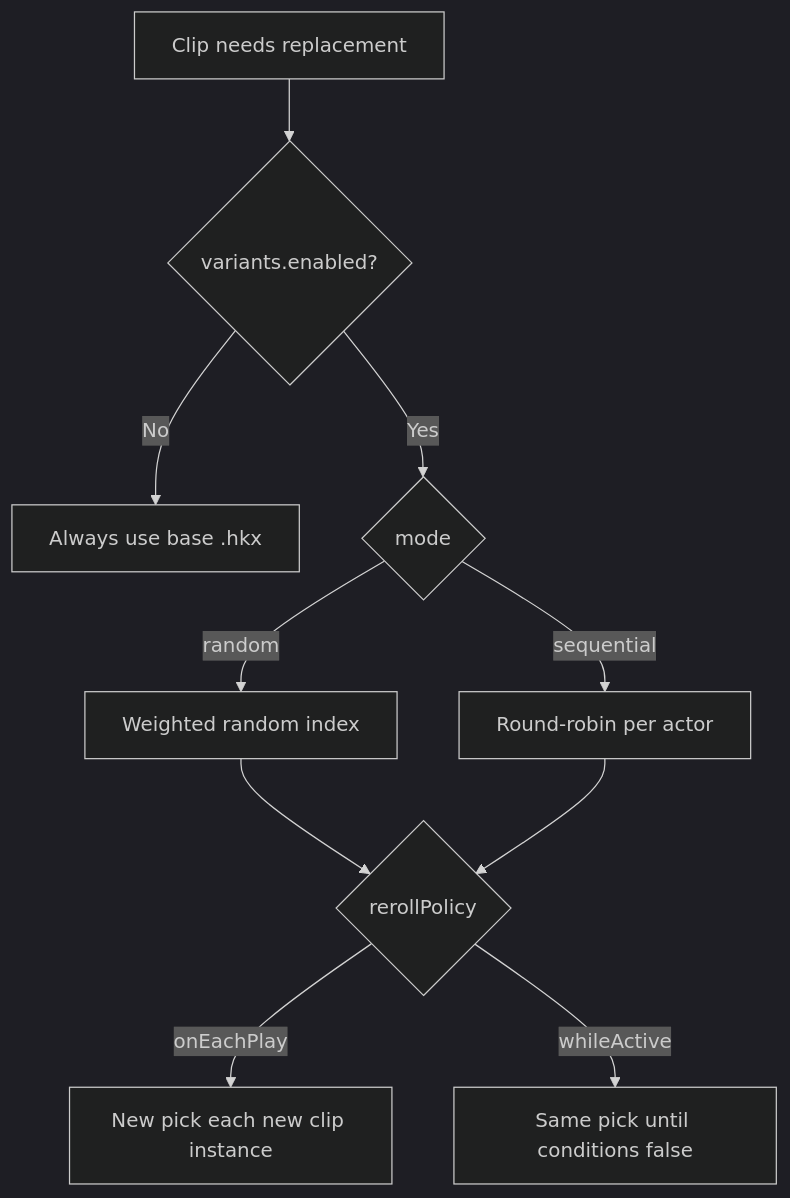
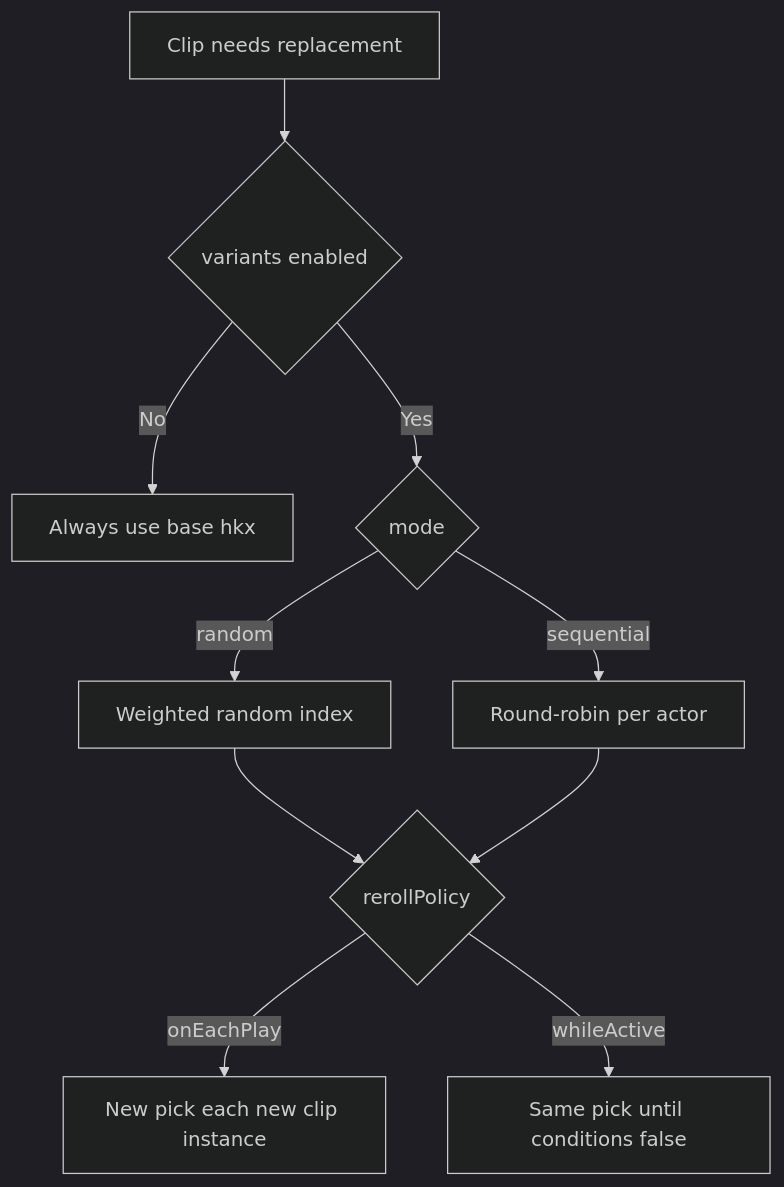
Before and after one commit to DCCStudios/F4-OpenAnimationReplacer: the fourth of 6 diagrams in README.md, drawn with Mermaid (dark theme). The commit also changed other lines of this file, not shown here.

Commit message:
Fix Mermaid diagram syntax for GitHub rendering

````diff
--- a/README.md
+++ b/README.md
@@ -312,12 +312,12 @@
 ```mermaid
 flowchart TD
-    Start[Clip needs replacement] --> Enabled{variants.enabled?}
-    Enabled -->|No| Base[Always use base .hkx]
+    Start[Clip needs replacement] --> Enabled{variants enabled}
+    Enabled -->|No| Base[Always use base hkx]
     Enabled -->|Yes| Mode{mode}
     Mode -->|random| R[Weighted random index]
     Mode -->|sequential| S[Round-robin per actor]
     R --> Policy{rerollPolicy}
     S --> Policy
     Policy -->|onEachPlay| E[New pick each new clip instance]
     Policy -->|whileActive| F[Same pick until conditions false]
 ```
````
